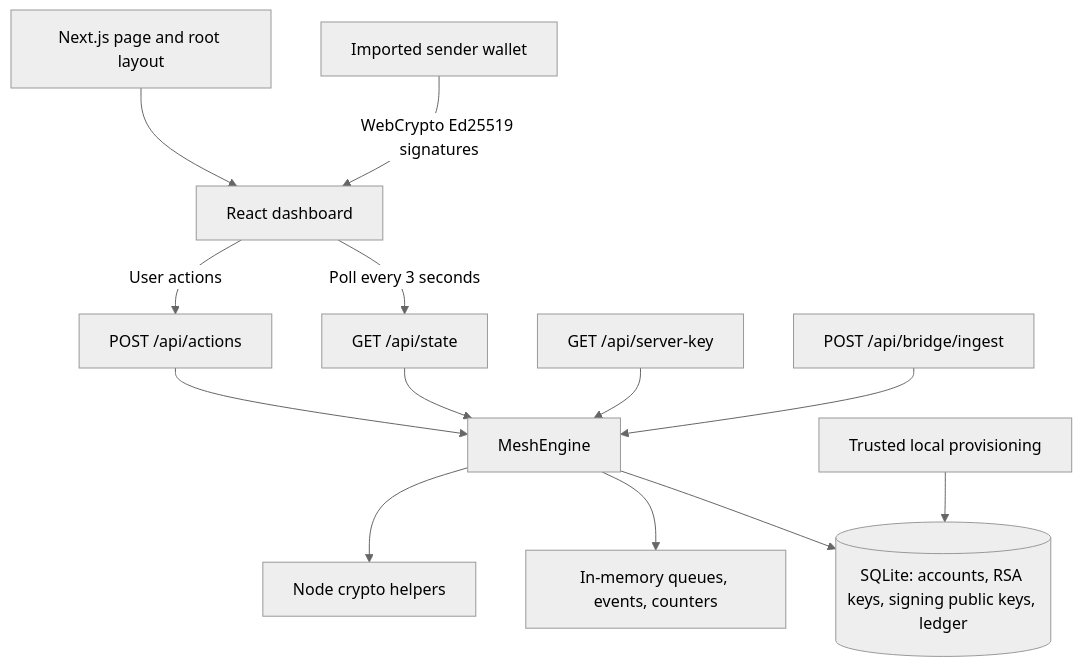
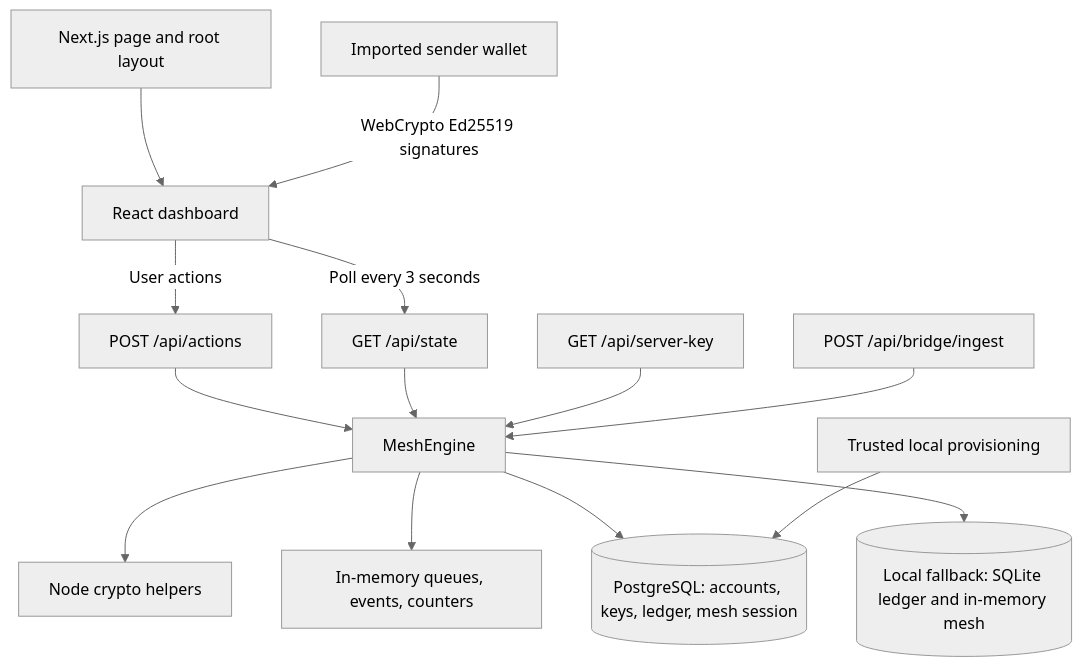
The first of 3 diagrams in README.md (naman777/meshpay), drawn with Mermaid (neutral theme) before and after one commit. The commit also changed other lines of this file and 2 other files, not shown here.

Commit message:
docs: document PostgreSQL deployment and database reset scope

````diff
--- a/README.md
+++ b/README.md
@@ -151,15 +152,16 @@
 ```mermaid
 flowchart TD
     Page[Next.js page and root layout] --> Browser[React dashboard]
     Browser -->|User actions| Actions[POST /api/actions]
     Browser -->|Poll every 3 seconds| State[GET /api/state]
     Actions --> Engine[MeshEngine]
     State --> Engine
     Key[GET /api/server-key] --> Engine
     Ingest[POST /api/bridge/ingest] --> Engine
     Engine --> Crypto[Node crypto helpers]
     Engine --> Memory[In-memory queues, events, counters]
-    Engine --> DB[(SQLite: accounts, RSA keys, signing public keys, ledger)]
+    Engine --> DB[(PostgreSQL: accounts, keys, ledger, mesh session)]
+    Engine --> Local[(Local fallback: SQLite ledger and in-memory mesh)]
     Wallet[Imported sender wallet] -->|WebCrypto Ed25519 signatures| Browser
     CLI[Trusted local provisioning] --> DB
 ```
````
